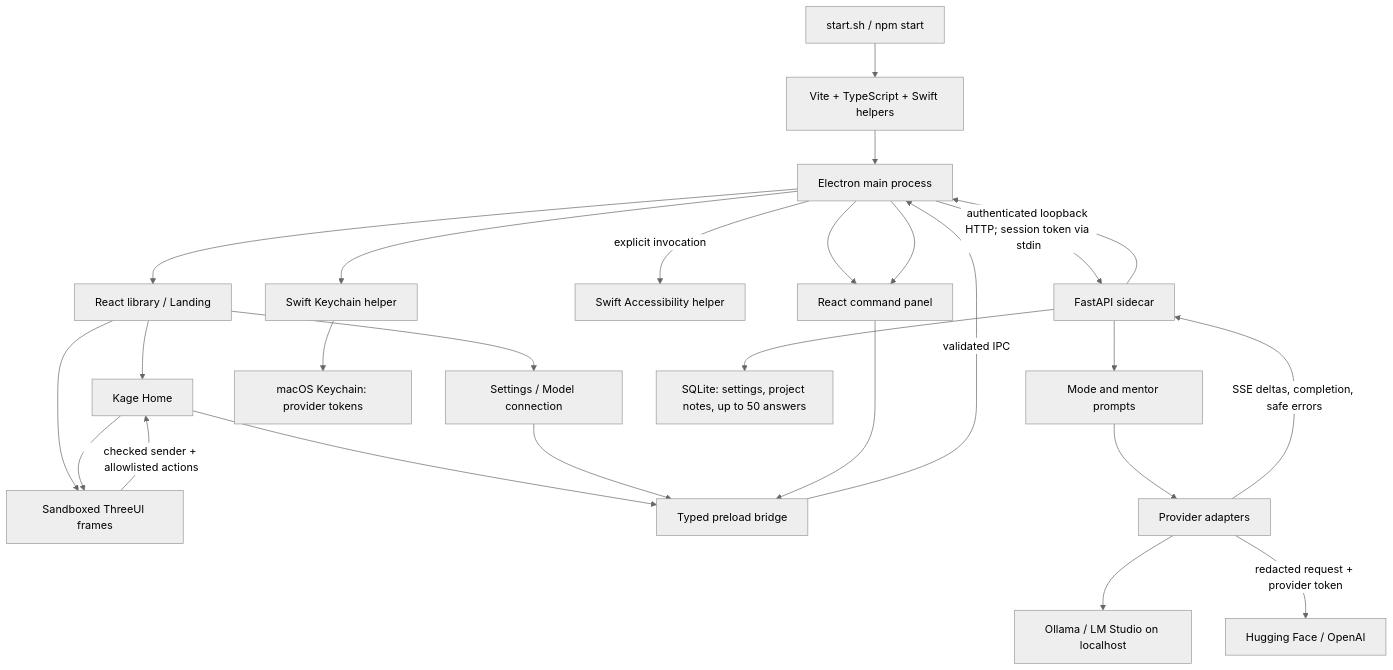
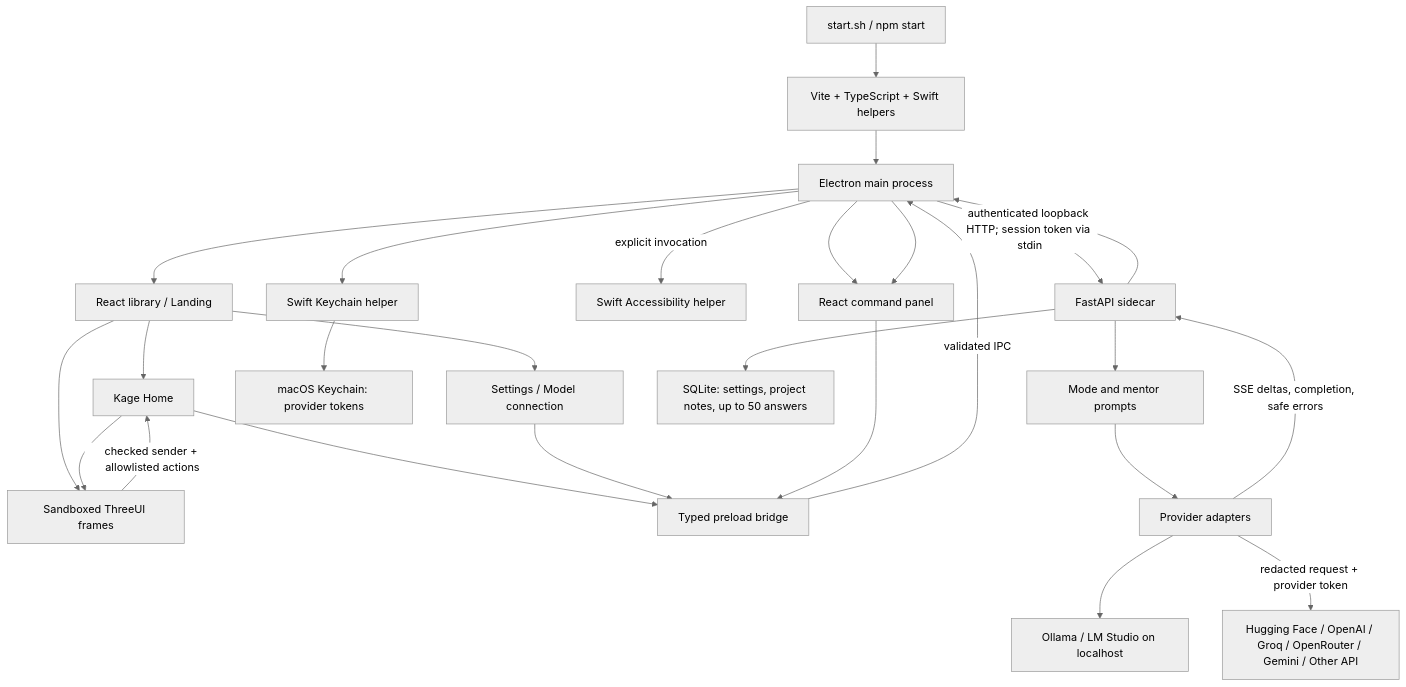
Before and after one commit to aaravkalia-88/Icarus-coding-helper: the diagram in ARC.md, drawn with Mermaid (neutral theme). The commit also changed other lines of this file and 10 other files, not shown here.

````diff
--- a/ARC.md
+++ b/ARC.md
@@ -5,28 +5,28 @@
 ```mermaid
 flowchart TD
     Launcher["start.sh / npm start"] --> Build["Vite + TypeScript + Swift helpers"]
     Build --> Main["Electron main process"]
     Main --> Library["React library / Landing"]
     Library --> Home["Kage Home"]
     Library --> Settings["Settings / Model connection"]
     Main --> Popup["React command panel"]
     Library --> Scenes["Sandboxed ThreeUI frames"]
     Home --> Scenes
     Scenes -->|"checked sender + allowlisted actions"| Home
     Home --> Bridge["Typed preload bridge"]
     Settings --> Bridge
     Popup --> Bridge
     Bridge -->|"validated IPC"| Main
     Main -->|"explicit invocation"| Selection["Swift Accessibility helper"]
     Main --> Vault["Swift Keychain helper"]
     Vault --> Keychain["macOS Keychain: provider tokens"]
     Main -->|"authenticated loopback HTTP; session token via stdin"| API["FastAPI sidecar"]
     API --> Modes["Mode and mentor prompts"]
     API --> Store["SQLite: settings, project notes, up to 50 answers"]
     Modes --> Providers["Provider adapters"]
     Providers --> Local["Ollama / LM Studio on localhost"]
-    Providers -->|"redacted request + provider token"| Remote["Hugging Face / OpenAI"]
+    Providers -->|"redacted request + provider token"| Remote["Hugging Face / OpenAI / Groq / OpenRouter / Gemini / Other API"]
     Providers -->|"SSE deltas, completion, safe errors"| API
     API --> Main
     Main --> Popup
 ```
````
